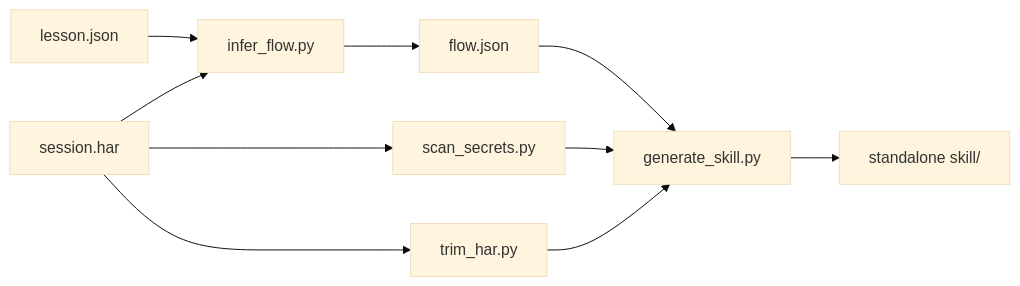
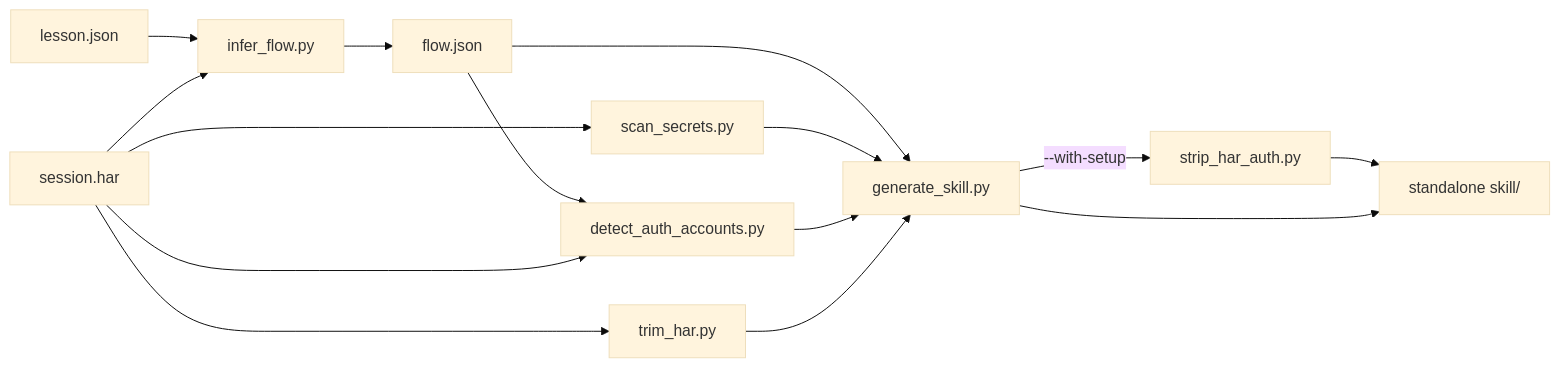
Before and after one commit to puntorigen/skills: the diagram in teach-web-actions/REFERENCE.md, drawn with Mermaid (base theme). The commit also changed other lines of this file and 12 other files, not shown here.

````diff
--- a/teach-web-actions/REFERENCE.md
+++ b/teach-web-actions/REFERENCE.md
@@ -249,12 +249,17 @@
 ```mermaid
 flowchart LR
   Lesson["lesson.json"] --> Infer["infer_flow.py"]
   Har["session.har"] --> Infer
   Infer --> Flow["flow.json"]
   Har --> Scan["scan_secrets.py"]
+  Flow --> Detect["detect_auth_accounts.py"]
+  Har --> Detect
   Flow --> Gen["generate_skill.py"]
   Scan --> Gen
+  Detect --> Gen
   Har --> Trim["trim_har.py"]
   Trim --> Gen
-  Gen --> Out["standalone skill/"]
+  Gen -->|"--with-setup"| Strip["strip_har_auth.py"]
+  Strip --> Out["standalone skill/"]
+  Gen --> Out
 ```
````
